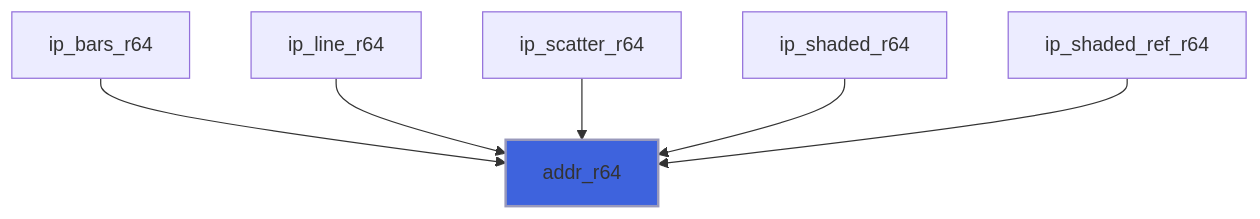
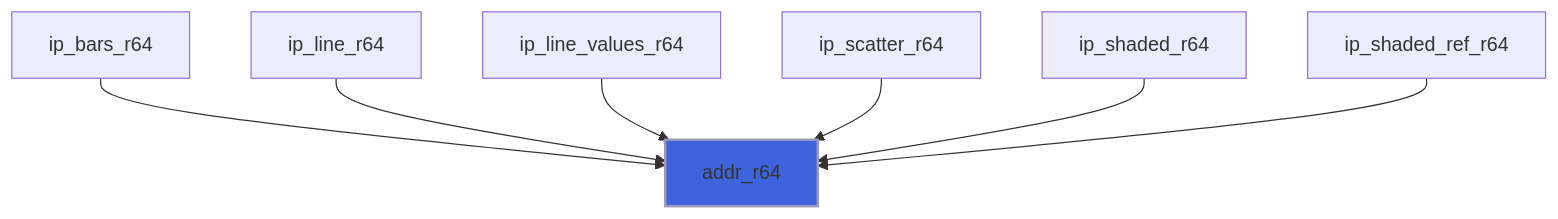
Before and after one commit to szaghi/figure: diagram 24 of 27 in docs/api/src/lib/figure_implot.md, drawn with Mermaid. The commit also changed other lines of this file and 21 other files, not shown here.

````diff
--- a/docs/api/src/lib/figure_implot.md
+++ b/docs/api/src/lib/figure_implot.md
@@ -621,9 +825,10 @@
 ```mermaid
 flowchart TD
   ip_bars_r64["ip_bars_r64"] --> addr_r64["addr_r64"]
   ip_line_r64["ip_line_r64"] --> addr_r64["addr_r64"]
+  ip_line_values_r64["ip_line_values_r64"] --> addr_r64["addr_r64"]
   ip_scatter_r64["ip_scatter_r64"] --> addr_r64["addr_r64"]
   ip_shaded_r64["ip_shaded_r64"] --> addr_r64["addr_r64"]
   ip_shaded_ref_r64["ip_shaded_ref_r64"] --> addr_r64["addr_r64"]
   style addr_r64 fill:#3e63dd,stroke:#99b,stroke-width:2px
 ```
````
